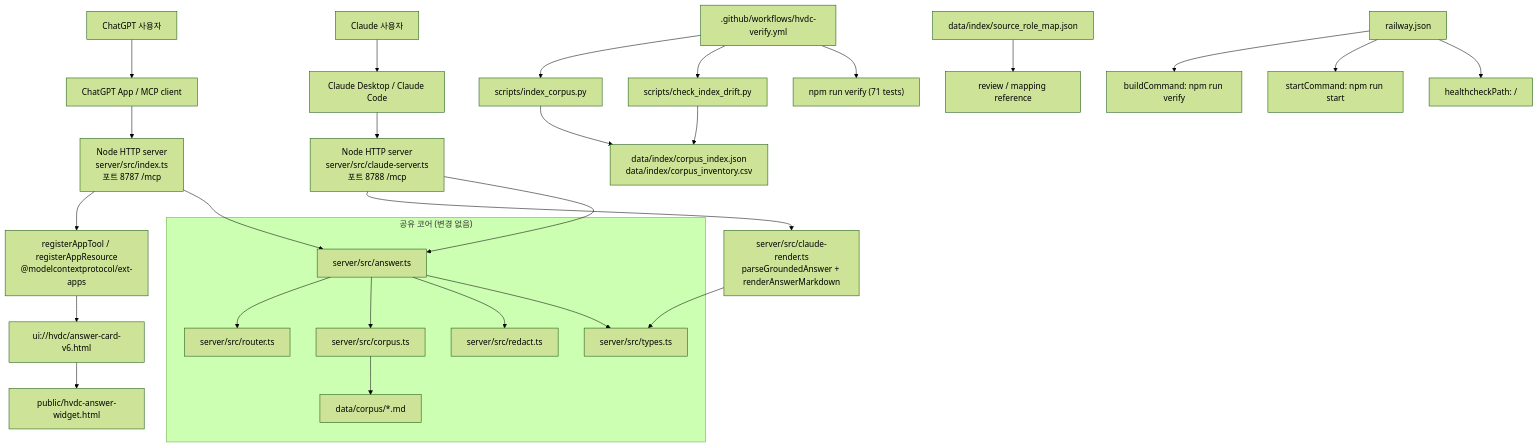
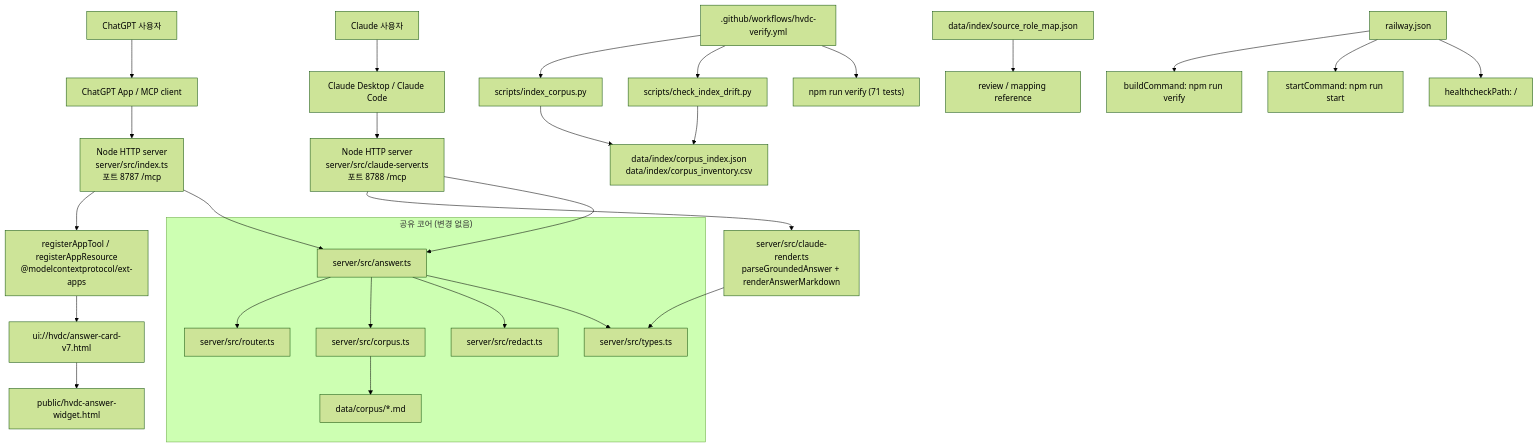
Before and after one commit to macho715/SCT_ONTOLOGY: the first of 2 diagrams in SYSTEM_ARCHITECTURE.md, drawn with Mermaid (forest theme). The commit also changed other lines of this file and 34 other files, not shown here.

````diff
--- a/SYSTEM_ARCHITECTURE.md
+++ b/SYSTEM_ARCHITECTURE.md
@@ -39,43 +39,43 @@
 ```mermaid
 flowchart TD
   ChatGPTUser["ChatGPT 사용자"] --> ChatGPTApp["ChatGPT App / MCP client"]
   ClaudeUser["Claude 사용자"] --> ClaudeClient["Claude Desktop / Claude Code"]
 
   ChatGPTApp --> CGT_Endpoint["Node HTTP server<br/>server/src/index.ts<br/>포트 8787 /mcp"]
   ClaudeClient --> CL_Endpoint["Node HTTP server<br/>server/src/claude-server.ts<br/>포트 8788 /mcp"]
 
   CGT_Endpoint --> ExtApps["registerAppTool / registerAppResource<br/>@modelcontextprotocol/ext-apps"]
-  ExtApps --> WidgetResource["ui://hvdc/answer-card-v6.html"]
+  ExtApps --> WidgetResource["ui://hvdc/answer-card-v7.html"]
   WidgetResource --> WidgetFile["public/hvdc-answer-widget.html"]
 
   CL_Endpoint --> ClaudeRender["server/src/claude-render.ts<br/>parseGroundedAnswer + renderAnswerMarkdown"]
 
   subgraph SharedCore["공유 코어 (변경 없음)"]
     Answer["server/src/answer.ts"]
     Router["server/src/router.ts"]
     Corpus["server/src/corpus.ts"]
     Redact["server/src/redact.ts"]
     Types["server/src/types.ts"]
     CorpusFiles["data/corpus/*.md"]
   end
 
   CGT_Endpoint --> Answer
   CL_Endpoint --> Answer
   Answer --> Router
   Answer --> Corpus
   Answer --> Redact
   Answer --> Types
   Corpus --> CorpusFiles
   ClaudeRender --> Types
 
   Indexer["scripts/index_corpus.py"] --> IndexFiles["data/index/corpus_index.json<br/>data/index/corpus_inventory.csv"]
   DriftCheck["scripts/check_index_drift.py"] --> IndexFiles
   SourceRole["data/index/source_role_map.json"] --> Review["review / mapping reference"]
 
   GHA[".github/workflows/hvdc-verify.yml"] --> Indexer
   GHA --> DriftCheck
   GHA --> Verify["npm run verify (71 tests)"]
   Railway["railway.json"] --> Build["buildCommand: npm run verify"]
   Railway --> Start["startCommand: npm run start"]
   Railway --> Health["healthcheckPath: /"]
 ```
````
